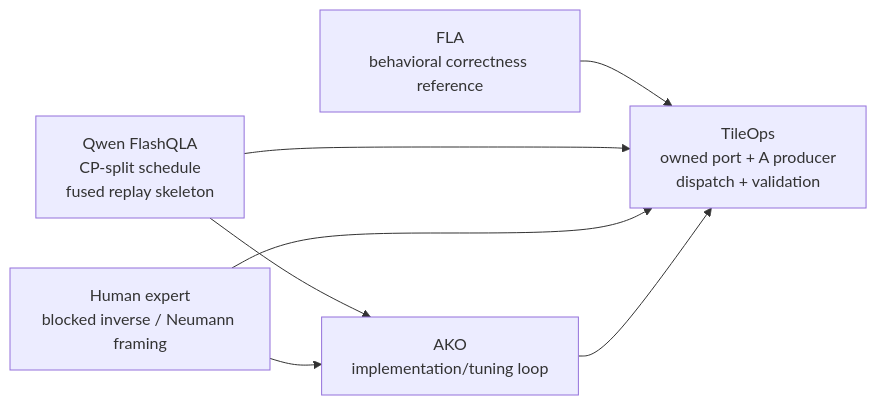
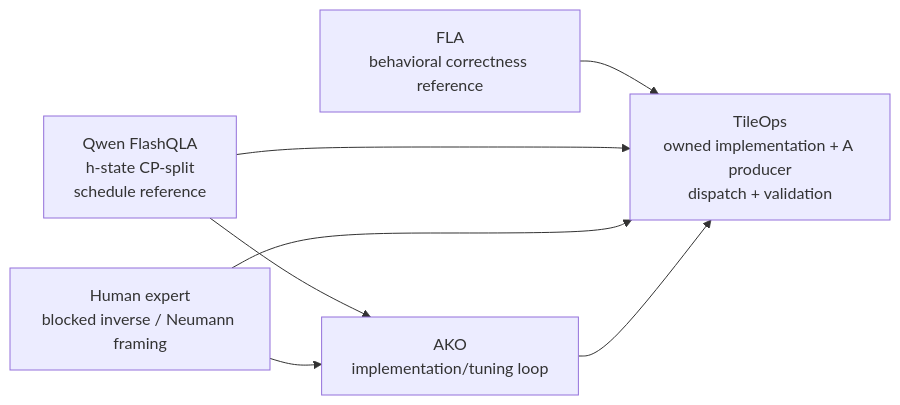
Before and after one commit to superAngGao/tileops-gdn-prefill-case-study: the seventh of 10 diagrams in reports/gdn-prefill-ako-technical-report.md, drawn with Mermaid. The commit also changed other lines of this file and 1 other file, not shown here.

Commit message:
Align FlashQLA attribution wording

````diff
--- a/reports/gdn-prefill-ako-technical-report.md
+++ b/reports/gdn-prefill-ako-technical-report.md
@@ -770,15 +771,15 @@
 ```mermaid
 flowchart LR
     FLA["FLA<br/>behavioral correctness reference"]
-    FlashQLA["Qwen FlashQLA<br/>CP-split schedule<br/>fused replay skeleton"]
+    FlashQLA["Qwen FlashQLA<br/>h-state CP-split<br/>schedule reference"]
     Human["Human expert<br/>blocked inverse / Neumann framing"]
     AKO["AKO<br/>implementation/tuning loop"]
-    TileOps["TileOps<br/>owned port + A producer<br/>dispatch + validation"]
+    TileOps["TileOps<br/>owned implementation + A producer<br/>dispatch + validation"]
 
     FLA --> TileOps
     FlashQLA --> TileOps
     FlashQLA --> AKO
     Human --> TileOps
     Human --> AKO
     AKO --> TileOps
 ```
````
